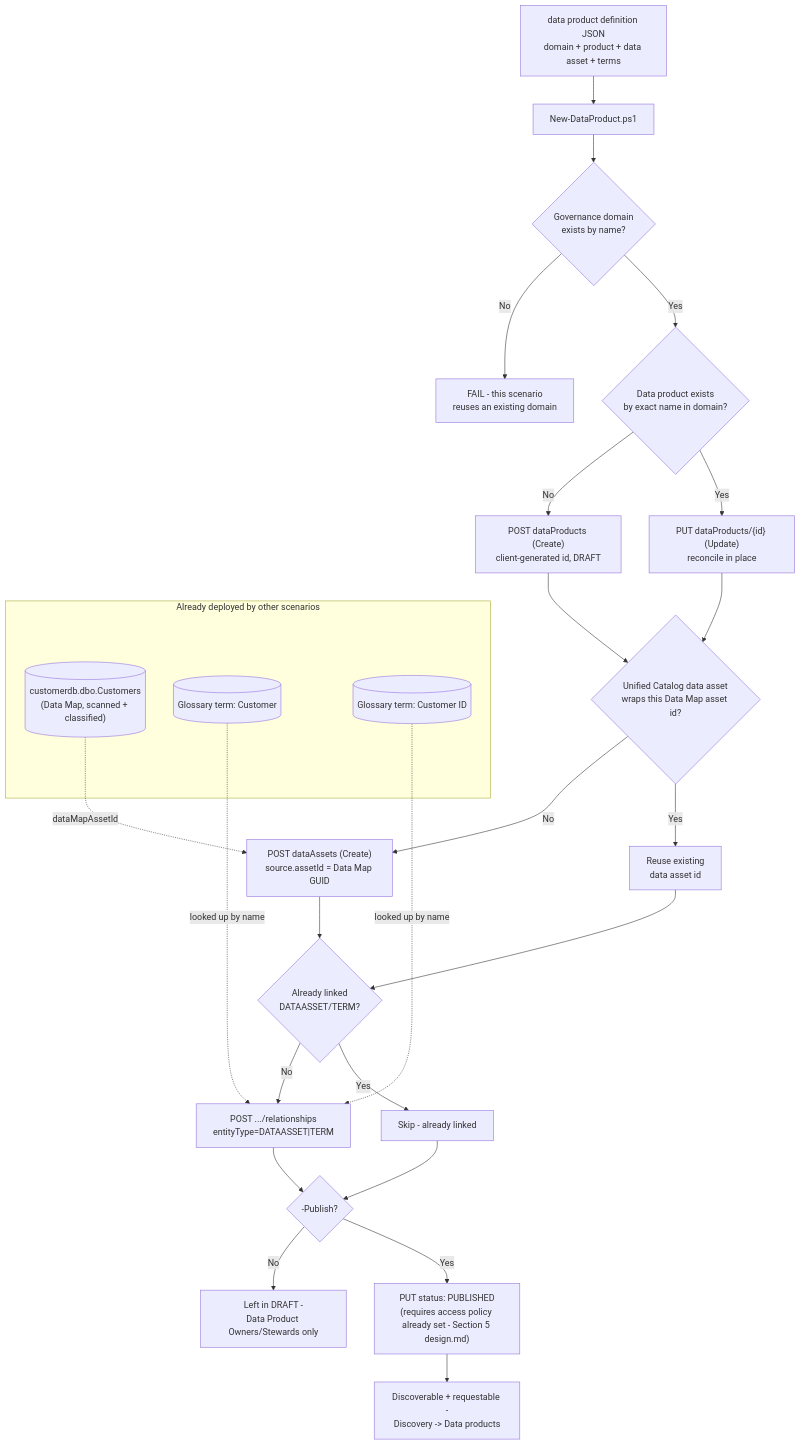
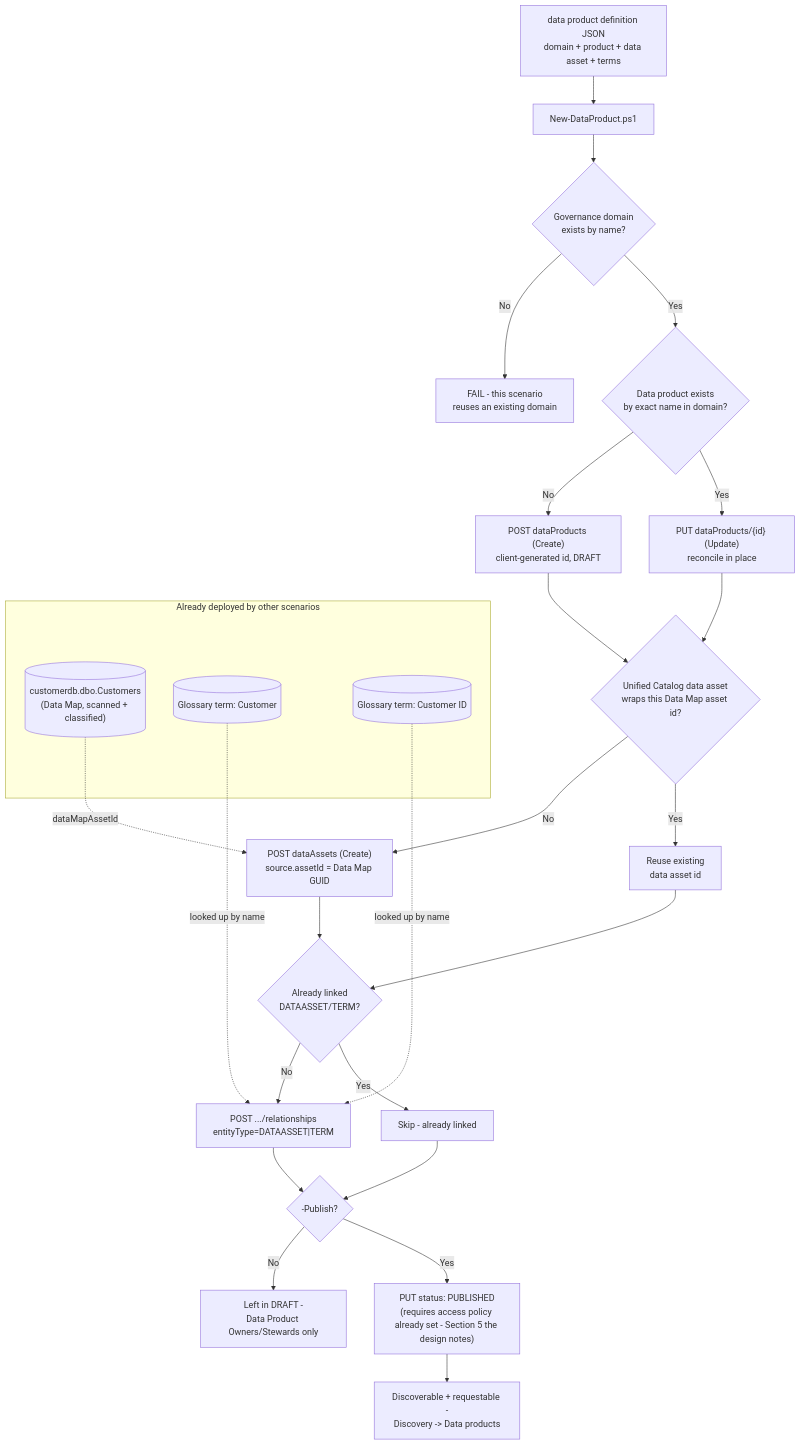
Before and after one commit to kpsec1/kpsec1.github.io: the diagram in src/content/scenarios/unified-catalog/manage-data-products.md, drawn with Mermaid. The commit also changed 269 other files, not shown here.

````diff
--- a/src/content/scenarios/unified-catalog/manage-data-products.md
+++ b/src/content/scenarios/unified-catalog/manage-data-products.md
@@ -53,31 +53,31 @@
 ```mermaid
 flowchart TD
     A[data product definition JSON<br/>domain + product + data asset + terms] --> B[New-DataProduct.ps1]
     B --> C{Governance domain<br/>exists by name?}
     C -- No --> X[FAIL - this scenario<br/>reuses an existing domain]
     C -- Yes --> D{Data product exists<br/>by exact name in domain?}
     D -- No --> E["POST dataProducts (Create)<br/>client-generated id, DRAFT"]
     D -- Yes --> F["PUT dataProducts/{id} (Update)<br/>reconcile in place"]
     E --> G
     F --> G{Unified Catalog data asset<br/>wraps this Data Map asset id?}
     G -- No --> H["POST dataAssets (Create)<br/>source.assetId = Data Map GUID"]
     G -- Yes --> I[Reuse existing<br/>data asset id]
     H --> J
     I --> J{Already linked<br/>DATAASSET/TERM?}
     J -- No --> K["POST .../relationships<br/>entityType=DATAASSET|TERM"]
     J -- Yes --> L[Skip - already linked]
     K --> M{-Publish?}
     L --> M
     M -- No --> N[Left in DRAFT -<br/>Data Product Owners/Stewards only]
-    M -- Yes --> O["PUT status: PUBLISHED<br/>(requires access policy already set - Section 5 design.md)"]
+    M -- Yes --> O["PUT status: PUBLISHED<br/>(requires access policy already set - Section 5 the design notes)"]
     O --> P[Discoverable + requestable -<br/>Discovery -> Data products]
 
     subgraph Upstream["Already deployed by other scenarios"]
         SQL[("customerdb.dbo.Customers<br/>(Data Map, scanned + classified)")]
         Term1[("Glossary term: Customer")]
         Term2[("Glossary term: Customer ID")]
     end
     SQL -.->|dataMapAssetId| H
     Term1 -.->|looked up by name| K
     Term2 -.->|looked up by name| K
 ```
````
